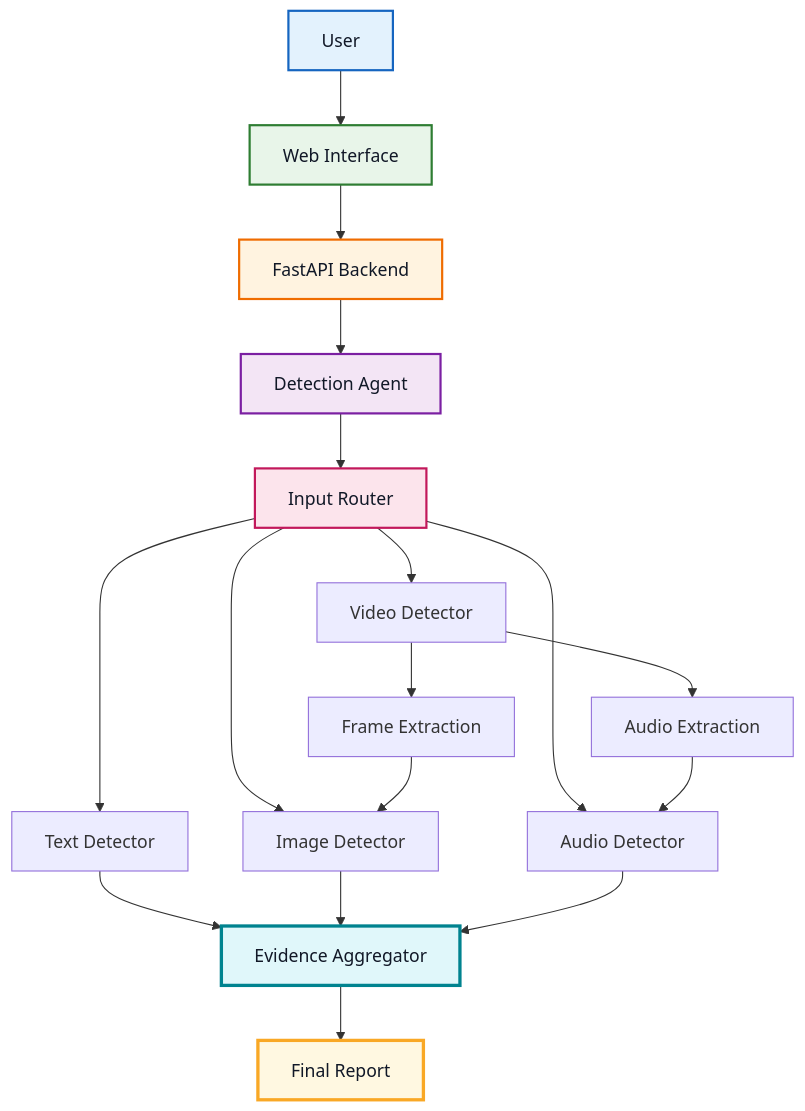
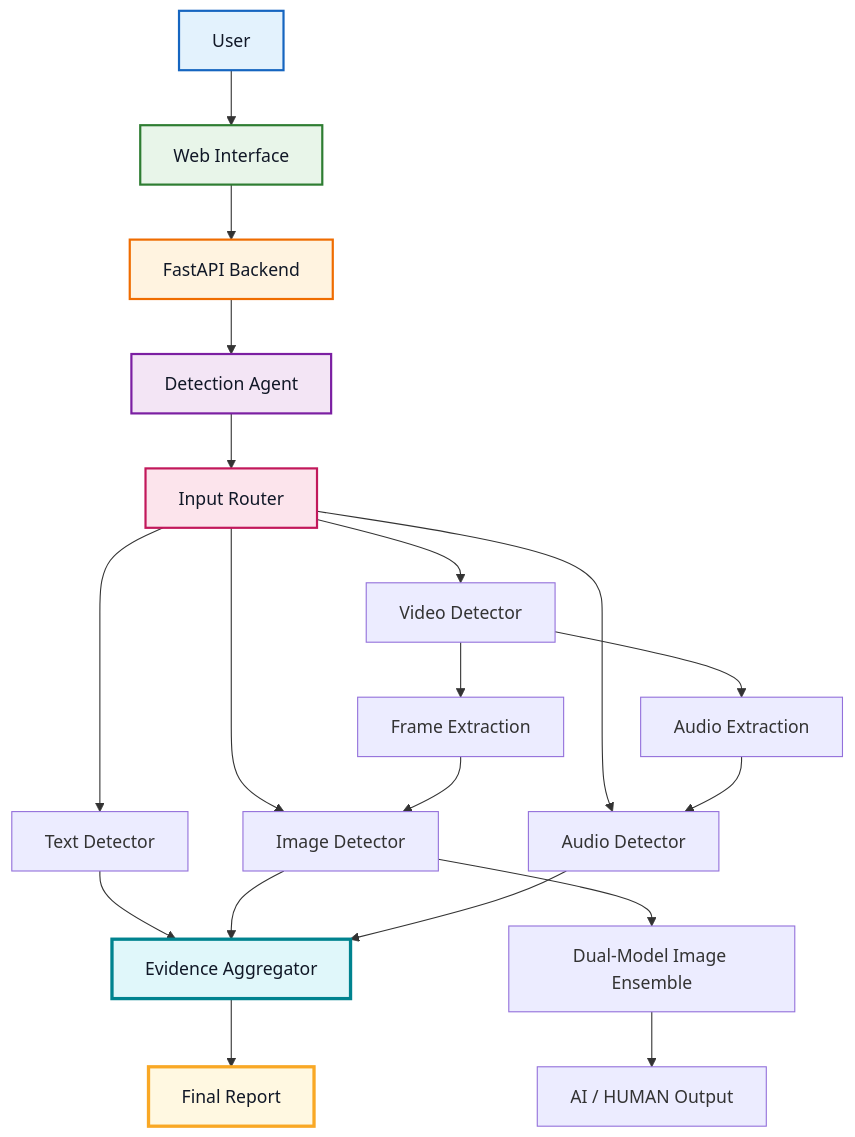
The second of 2 diagrams in docs/architecture.md (Sabtain-Dev/Multimodal-AI-Content-Detection-Agent), drawn with Mermaid before and after one commit. The commit also changed other lines of this file and 4 other files, not shown here.

Commit message:
Update README and architecture documentation for dual-model image detection; remove text error analysis

````diff
--- a/docs/architecture.md
+++ b/docs/architecture.md
@@ -40,50 +40,53 @@
 ```mermaid
 flowchart TD
 
     USER["User"]
     WEB["Web Interface"]
     API["FastAPI Backend"]
     AGENT["Detection Agent"]
     ROUTER["Input Router"]
 
     TEXT["Text Detector"]
     IMAGE["Image Detector"]
     AUDIO["Audio Detector"]
     VIDEO["Video Detector"]
 
     FRAMES["Frame Extraction"]
     AUDIO_EXT["Audio Extraction"]
 
     AGG["Evidence Aggregator"]
     REPORT["Final Report"]
 
     USER --> WEB
     WEB --> API
     API --> AGENT
     AGENT --> ROUTER
 
     ROUTER --> TEXT
     ROUTER --> IMAGE
     ROUTER --> AUDIO
     ROUTER --> VIDEO
 
+    IMAGE --> IMG_ENSEMBLE["Dual-Model Image Ensemble"]
+    IMG_ENSEMBLE --> IMG_RESULT["AI / HUMAN Output"]
+
     VIDEO --> FRAMES
     VIDEO --> AUDIO_EXT
 
     FRAMES --> IMAGE
     AUDIO_EXT --> AUDIO
 
     TEXT --> AGG
     IMAGE --> AGG
     AUDIO --> AGG
 
     AGG --> REPORT
 
     style USER fill:#e3f2fd,stroke:#1565c0,color:#111827,stroke-width:2px
     style WEB fill:#e8f5e9,stroke:#2e7d32,color:#111827,stroke-width:2px
     style API fill:#fff3e0,stroke:#ef6c00,color:#111827,stroke-width:2px
     style AGENT fill:#f3e5f5,stroke:#7b1fa2,color:#111827,stroke-width:2px
     style ROUTER fill:#fce4ec,stroke:#c2185b,color:#111827,stroke-width:2px
     style AGG fill:#e0f7fa,stroke:#00838f,color:#111827,stroke-width:3px
     style REPORT fill:#fff8e1,stroke:#f9a825,color:#111827,stroke-width:3px
 ```
````
